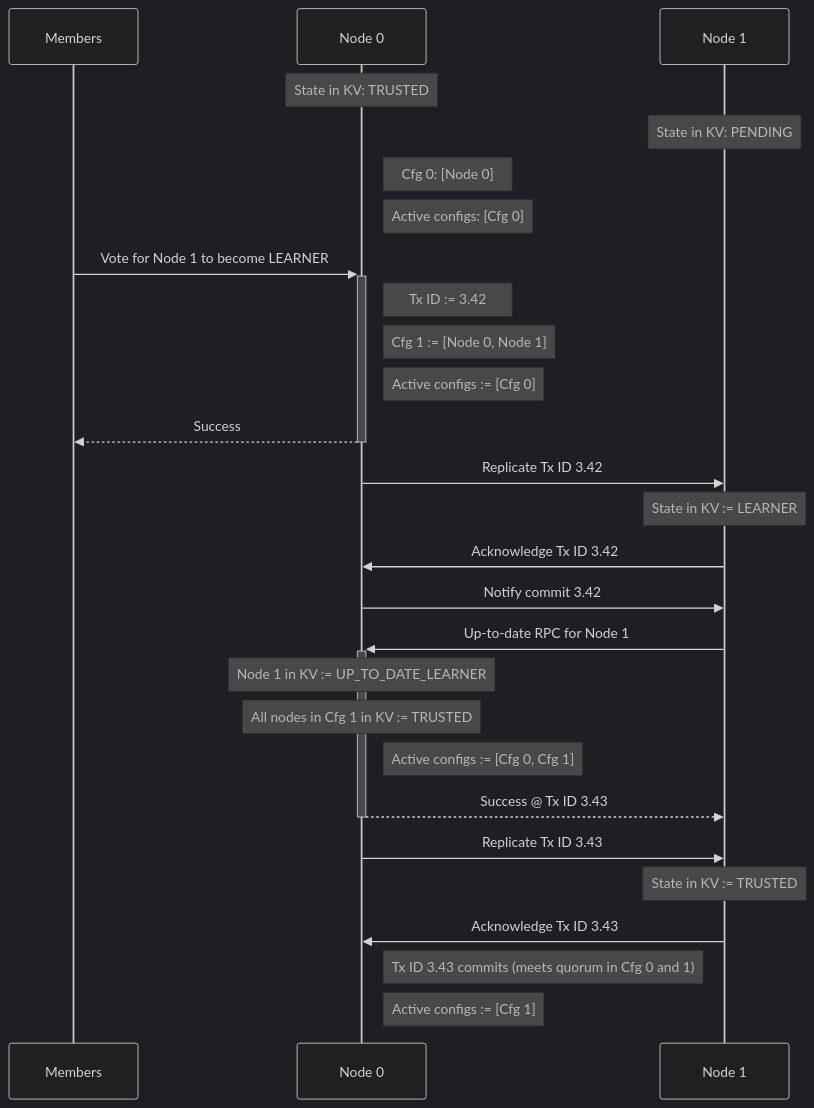
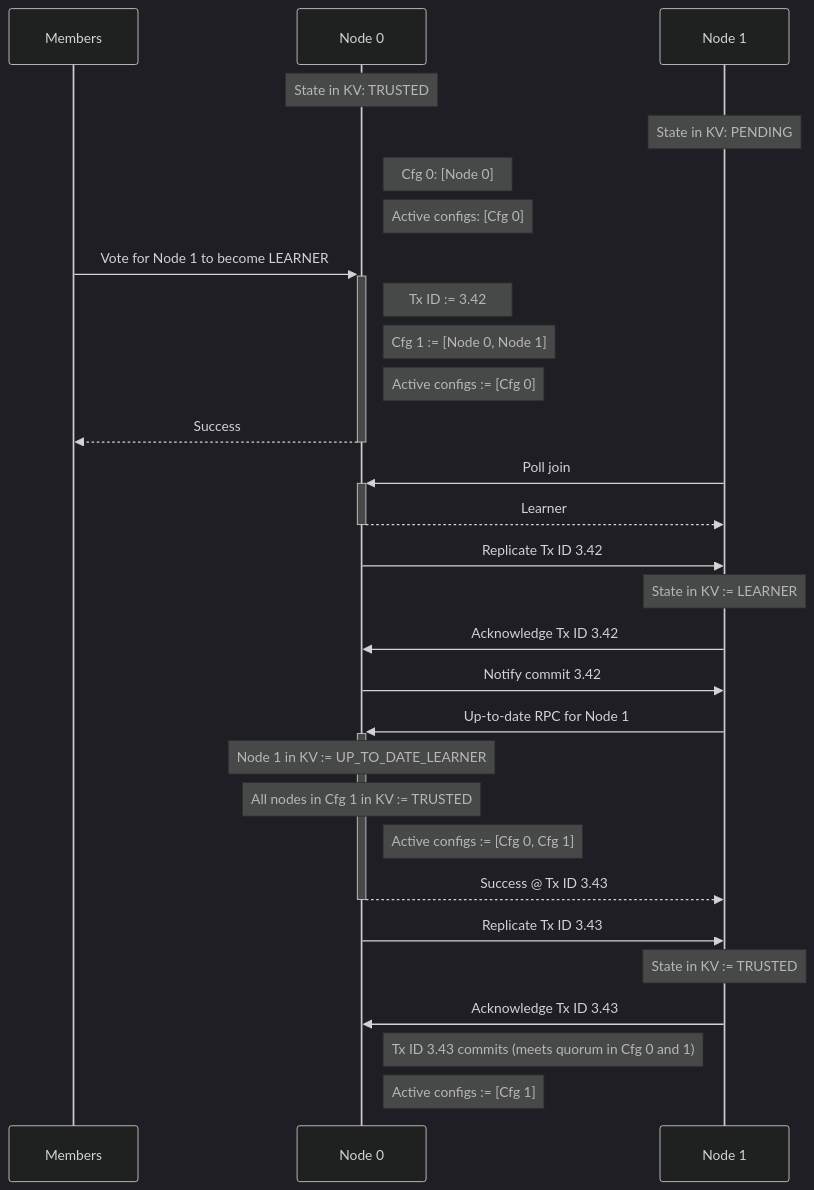
Before and after one commit to microsoft/CCF: the third of 8 diagrams in doc/overview/consensus.rst, drawn with Mermaid (dark theme). The commit also changed other lines of this file, not shown here.

Commit message:
Add diagram for 2-tx leader retirement

```diff
--- a/doc/overview/consensus.rst
+++ b/doc/overview/consensus.rst
@@ -143,40 +143,42 @@
 .. mermaid::
 
     sequenceDiagram
         participant Members
         participant Node 0
         participant Node 1
 
         Note over Node 0: State in KV: TRUSTED
         Note over Node 1: State in KV: PENDING
 
         Note right of Node 0: Cfg 0: [Node 0]
         Note right of Node 0: Active configs: [Cfg 0]
 
         Members->>+Node 0: Vote for Node 1 to become LEARNER
 
         Note right of Node 0: Tx ID := 3.42
         Note right of Node 0: Cfg 1 := [Node 0, Node 1]
         Note right of Node 0: Active configs := [Cfg 0]
         Node 0-->>-Members: Success
 
+        Node 1->>+Node 0: Poll join
+        Node 0-->>-Node 1: Learner
 
         Node 0->>Node 1: Replicate Tx ID 3.42
         Note over Node 1: State in KV := LEARNER
         Node 1->>Node 0: Acknowledge Tx ID 3.42
 
         Node 0->>Node 1: Notify commit 3.42
-        
+
         Node 1->>+Node 0: Up-to-date RPC for Node 1
         Note over Node 0: Node 1 in KV := UP_TO_DATE_LEARNER
         Note over Node 0: All nodes in Cfg 1 in KV := TRUSTED
         Note right of Node 0: Active configs := [Cfg 0, Cfg 1]
         Node 0-->>-Node 1: Success @ Tx ID 3.43
 
         Node 0->>Node 1: Replicate Tx ID 3.43
         Note over Node 1: State in KV := TRUSTED
         Node 1->>Node 0: Acknowledge Tx ID 3.43
 
 
         Note right of Node 0: Tx ID 3.43 commits (meets quorum in Cfg 0 and 1)
         Note right of Node 0: Active configs := [Cfg 1]
```
